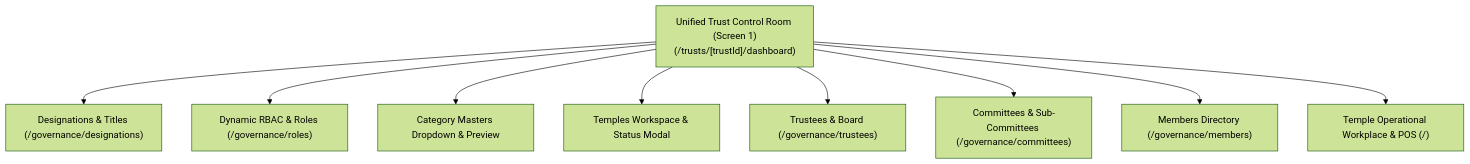
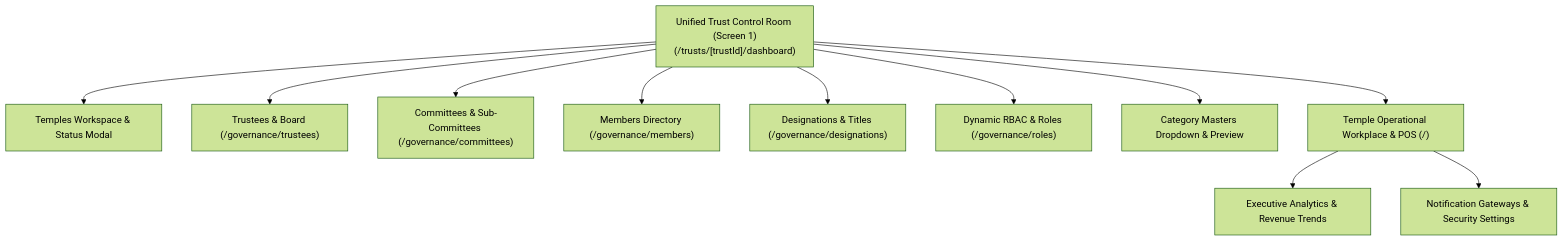
The first of 2 diagrams in PROJECT_IMPLEMENTATION_ANALYSIS_REPORT.md (prahasanp07/sankalpavani-admin-v1), drawn with Mermaid (forest theme) before and after one commit. The commit also changed other lines of this file and 38 other files, not shown here.

````diff
--- a/PROJECT_IMPLEMENTATION_ANALYSIS_REPORT.md
+++ b/PROJECT_IMPLEMENTATION_ANALYSIS_REPORT.md
@@ -218,21 +222,25 @@
 ```mermaid
 graph TD
     Dashboard["Unified Trust Control Room (Screen 1)\n(/trusts/[trustId]/dashboard)"]
     Temples["Temples Workspace & Status Modal"]
     Trustees["Trustees & Board (/governance/trustees)"]
     Committees["Committees & Sub-Committees (/governance/committees)"]
     Members["Members Directory (/governance/members)"]
     Designations["Designations & Titles (/governance/designations)"]
     Roles["Dynamic RBAC & Roles (/governance/roles)"]
     Categories["Category Masters Dropdown & Preview"]
     TempleWorkplace["Temple Operational Workplace & POS (/)"]
+    AnalyticsDashboard["Executive Analytics & Revenue Trends"]
+    SettingsPortal["Notification Gateways & Security Settings"]
 
     Dashboard --> Designations
     Dashboard --> Roles
     Dashboard --> Categories
     Dashboard --> Temples
     Dashboard --> Trustees
     Dashboard --> Committees
     Dashboard --> Members
     Dashboard --> TempleWorkplace
+    TempleWorkplace --> AnalyticsDashboard
+    TempleWorkplace --> SettingsPortal
 ```
````
